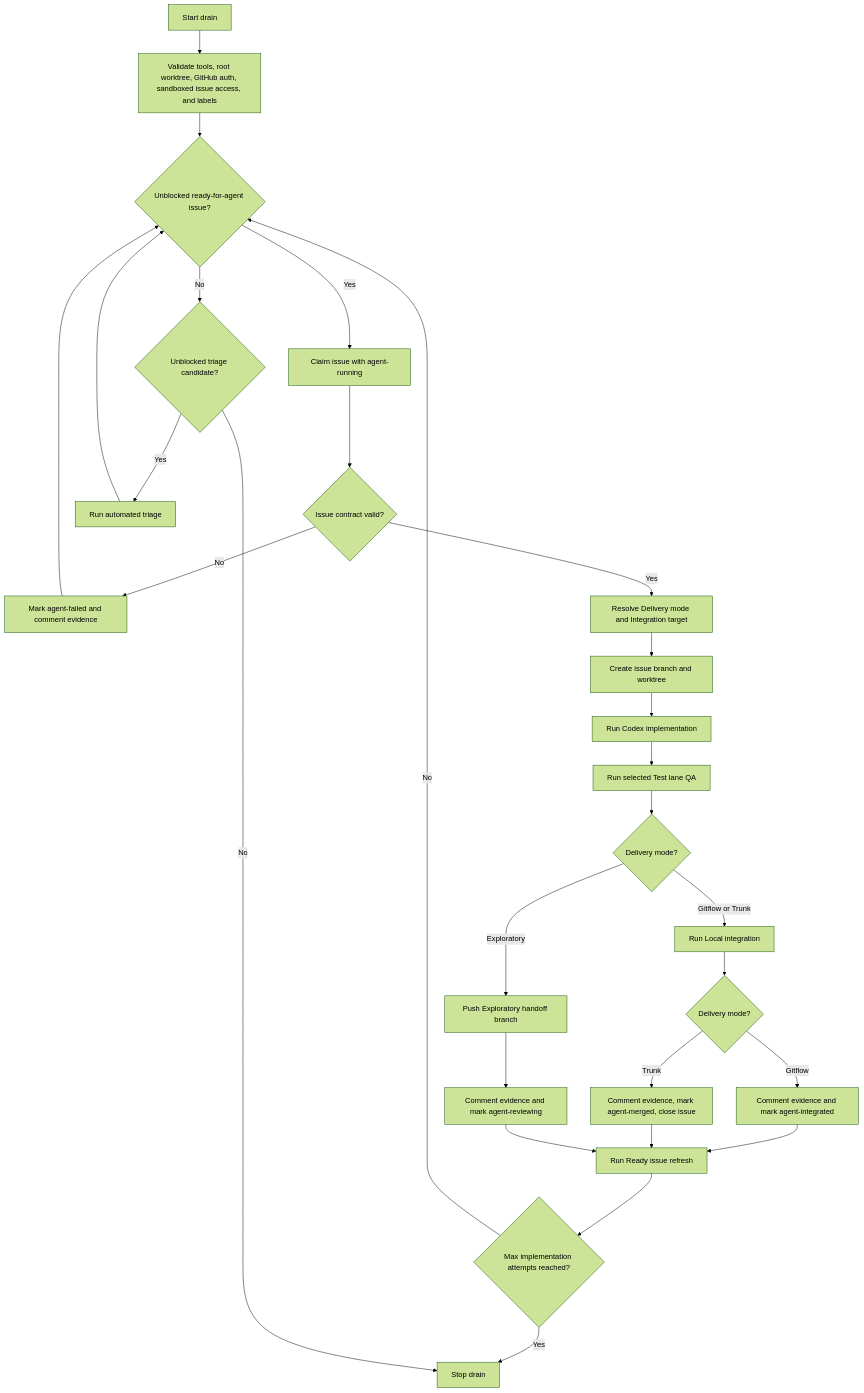
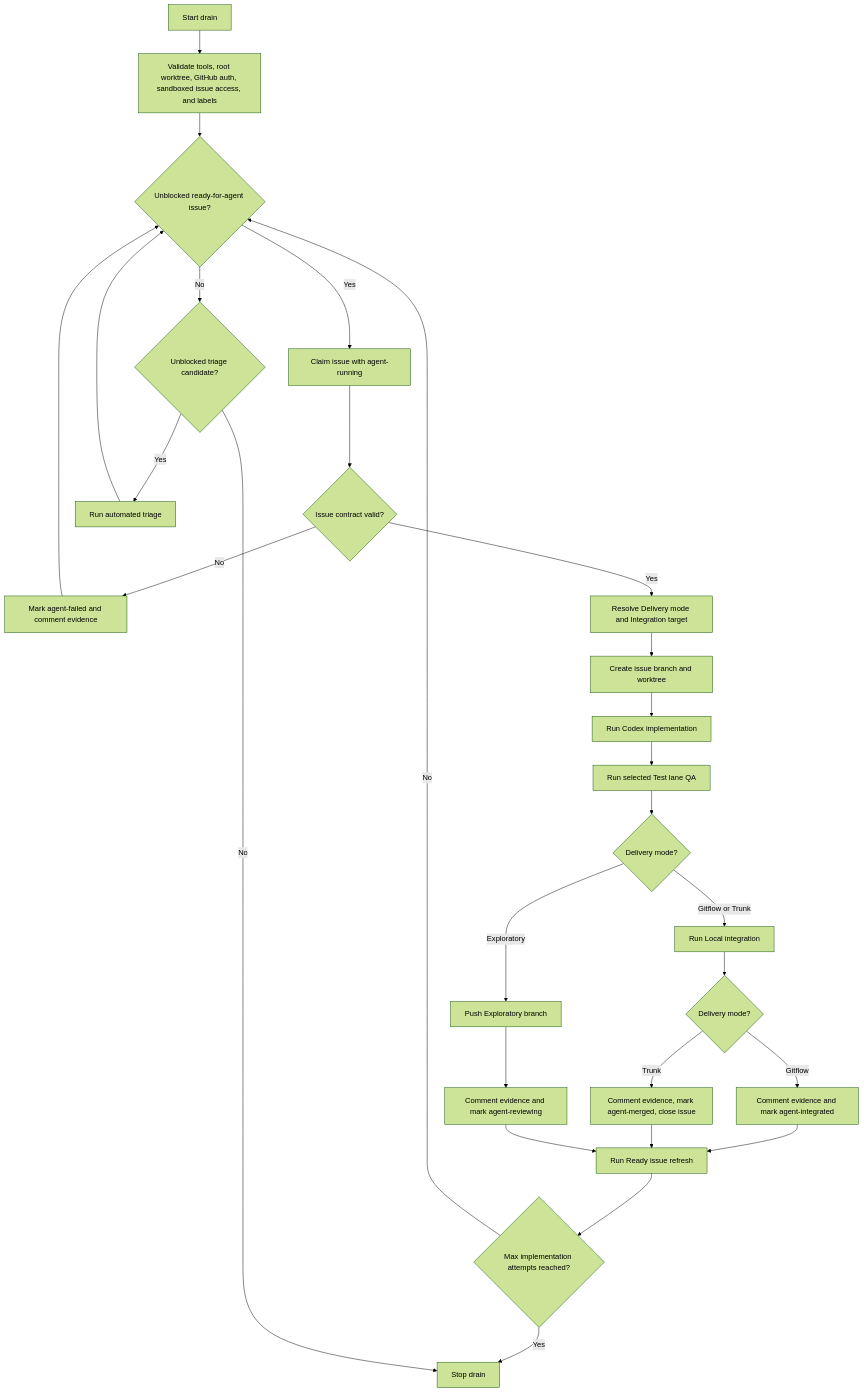
The first of 2 diagrams in docs/agents/ralph-loop.md (Chr1sC0de/energy-market-delta-lake), drawn with Mermaid (forest theme) before and after one commit. The commit also changed other lines of this file and 11 other files, not shown here.

````diff
--- a/docs/agents/ralph-loop.md
+++ b/docs/agents/ralph-loop.md
@@ -66,30 +66,30 @@
 ```mermaid
 flowchart TD
   START[Start drain] --> PREFLIGHT[Validate tools, root worktree, GitHub auth, sandboxed issue access, and labels]
   PREFLIGHT --> READY{Unblocked ready-for-agent issue?}
   READY -->|Yes| CLAIM[Claim issue with agent-running]
   CLAIM --> CONTRACT{Issue contract valid?}
   CONTRACT -->|No| FAIL[Mark agent-failed and comment evidence]
   CONTRACT -->|Yes| MODE[Resolve Delivery mode and Integration target]
   MODE --> WORKTREE[Create issue branch and worktree]
   WORKTREE --> CODEX[Run Codex implementation]
   CODEX --> QA[Run selected Test lane QA]
   QA --> DONE{Delivery mode?}
   DONE -->|Gitflow or Trunk| INTEGRATE[Run Local integration]
   INTEGRATE --> DONE2{Delivery mode?}
-  DONE -->|Exploratory| HANDOFF[Push Exploratory handoff branch]
+  DONE -->|Exploratory| HANDOFF[Push Exploratory branch]
   HANDOFF --> REVIEW[Comment evidence and mark agent-reviewing]
   DONE2 -->|Gitflow| STAGE[Comment evidence and mark agent-integrated]
   DONE2 -->|Trunk| CLOSE[Comment evidence, mark agent-merged, close issue]
   STAGE --> REFRESH[Run Ready issue refresh]
   CLOSE --> REFRESH
   REVIEW --> REFRESH
   REFRESH --> LIMIT{Max implementation attempts reached?}
   LIMIT -->|No| READY
   LIMIT -->|Yes| STOP[Stop drain]
   READY -->|No| TRIAGE{Unblocked triage candidate?}
   TRIAGE -->|Yes| TRIAGEPASS[Run automated triage]
   TRIAGEPASS --> READY
   TRIAGE -->|No| STOP
   FAIL --> READY
 ```
````
